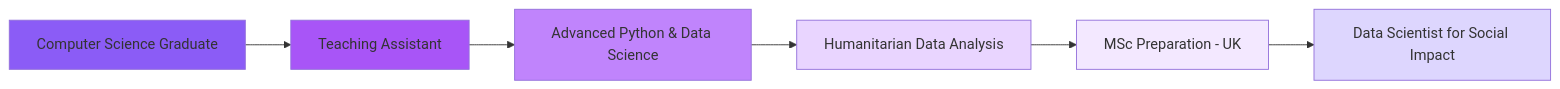
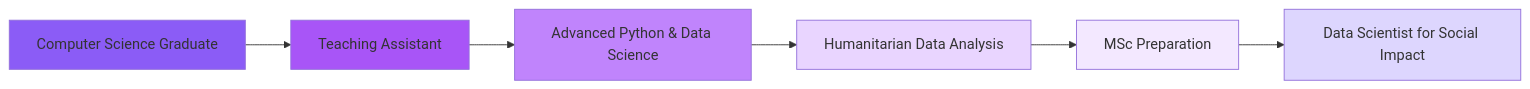
The diagram in README.md (Aya-Nabil11/Aya-Nabil11), drawn with Mermaid before and after one commit. The commit also changed other lines of this file, not shown here.

````diff
--- a/README.md
+++ b/README.md
@@ -138,15 +138,15 @@
 ```mermaid
 graph LR
     A[Computer Science Graduate] --> B[Teaching Assistant]
     B --> C[Advanced Python & Data Science]
     C --> D[Humanitarian Data Analysis]
-    D --> E[MSc Preparation - UK]
+    D --> E[MSc Preparation]
     E --> F[Data Scientist for Social Impact]
     
     style A fill:#8B5CF6
     style B fill:#A855F7
     style C fill:#C084FC
     style D fill:#E9D5FF
     style E fill:#F3E8FF
     style F fill:#DDD6FE
 ```
````
